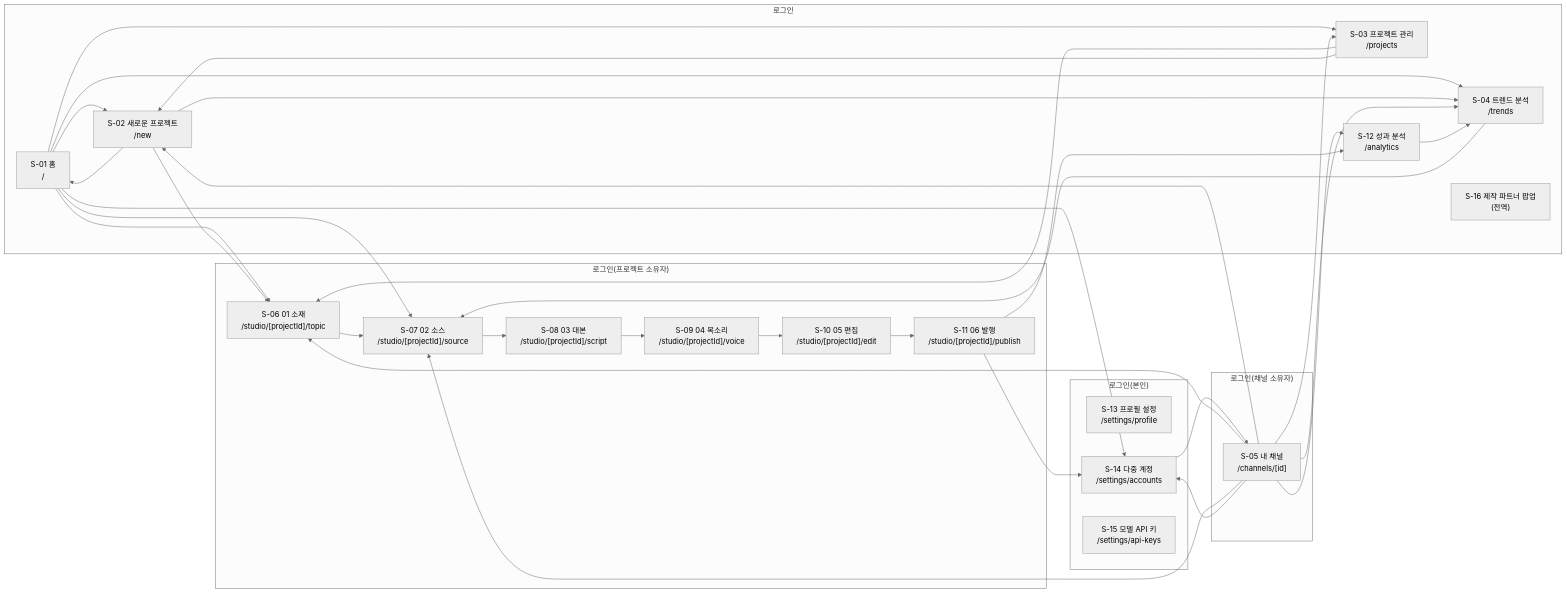
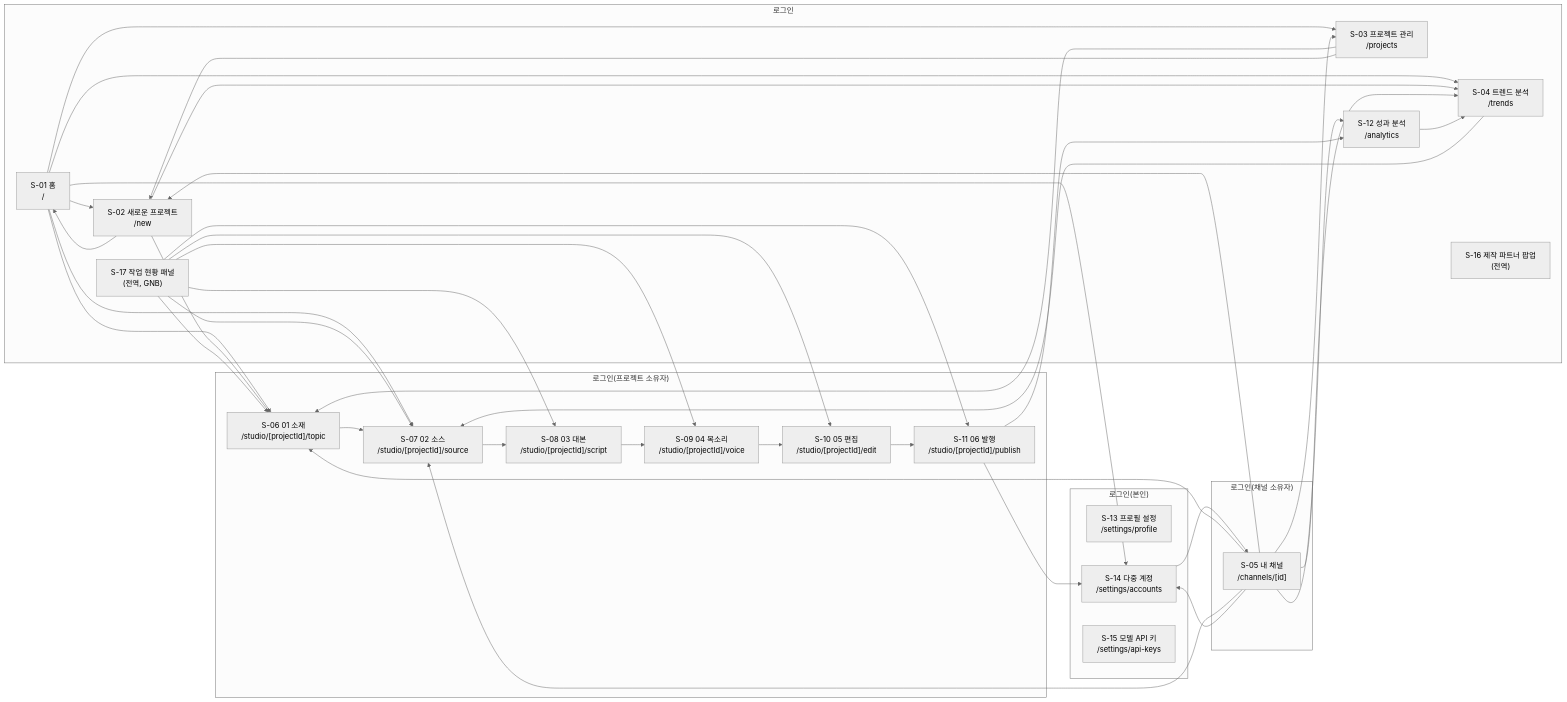
Before and after one commit to DevOps0906/Shopping-Shorts-Maker: the diagram in docs/diagrams/sitemap.mmd, drawn with Mermaid (neutral theme). The commit also changed 10 other files, not shown here.

```diff
--- a/docs/diagrams/sitemap.mmd
+++ b/docs/diagrams/sitemap.mmd
@@ -1,53 +1,60 @@
 flowchart LR
   subgraph g0["로그인"]
     n_S_01["S-01 홈<br/>/"]
     n_S_02["S-02 새로운 프로젝트<br/>/new"]
     n_S_03["S-03 프로젝트 관리<br/>/projects"]
     n_S_04["S-04 트렌드 분석<br/>/trends"]
     n_S_12["S-12 성과 분석<br/>/analytics"]
     n_S_16["S-16 제작 파트너 팝업<br/>(전역)"]
+    n_S_17["S-17 작업 현황 패널<br/>(전역, GNB)"]
   end
   subgraph g1["로그인(채널 소유자)"]
     n_S_05["S-05 내 채널<br/>/channels/[id]"]
   end
   subgraph g2["로그인(프로젝트 소유자)"]
     n_S_06["S-06 01 소재<br/>/studio/[projectId]/topic"]
     n_S_07["S-07 02 소스<br/>/studio/[projectId]/source"]
     n_S_08["S-08 03 대본<br/>/studio/[projectId]/script"]
     n_S_09["S-09 04 목소리<br/>/studio/[projectId]/voice"]
     n_S_10["S-10 05 편집<br/>/studio/[projectId]/edit"]
     n_S_11["S-11 06 발행<br/>/studio/[projectId]/publish"]
   end
   subgraph g3["로그인(본인)"]
     n_S_13["S-13 프로필 설정<br/>/settings/profile"]
     n_S_14["S-14 다중 계정<br/>/settings/accounts"]
     n_S_15["S-15 모델 API 키<br/>/settings/api-keys"]
   end
   n_S_01 --> n_S_02
   n_S_01 --> n_S_03
   n_S_01 --> n_S_04
   n_S_01 --> n_S_06
   n_S_01 --> n_S_07
   n_S_01 --> n_S_14
   n_S_02 --> n_S_06
   n_S_02 --> n_S_04
   n_S_02 --> n_S_01
   n_S_03 --> n_S_06
   n_S_03 --> n_S_02
   n_S_04 --> n_S_07
   n_S_05 --> n_S_02
   n_S_05 --> n_S_03
   n_S_05 --> n_S_04
   n_S_05 --> n_S_06
   n_S_05 --> n_S_07
   n_S_05 --> n_S_12
   n_S_05 --> n_S_14
   n_S_06 --> n_S_07
   n_S_07 --> n_S_08
   n_S_08 --> n_S_09
   n_S_09 --> n_S_10
   n_S_10 --> n_S_11
   n_S_11 --> n_S_12
   n_S_11 --> n_S_14
   n_S_12 --> n_S_04
   n_S_14 --> n_S_05
+  n_S_17 --> n_S_06
+  n_S_17 --> n_S_07
+  n_S_17 --> n_S_08
+  n_S_17 --> n_S_09
+  n_S_17 --> n_S_10
+  n_S_17 --> n_S_11
```
